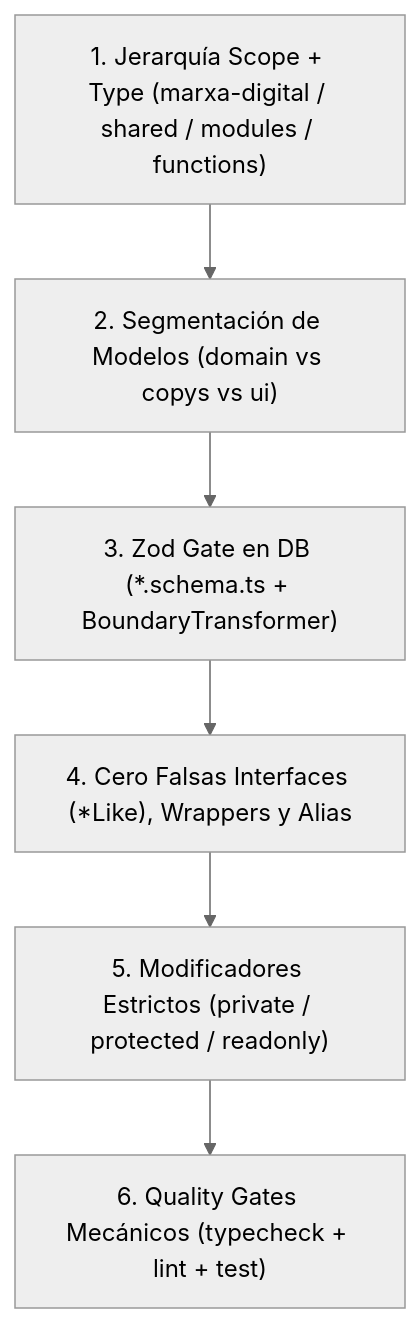
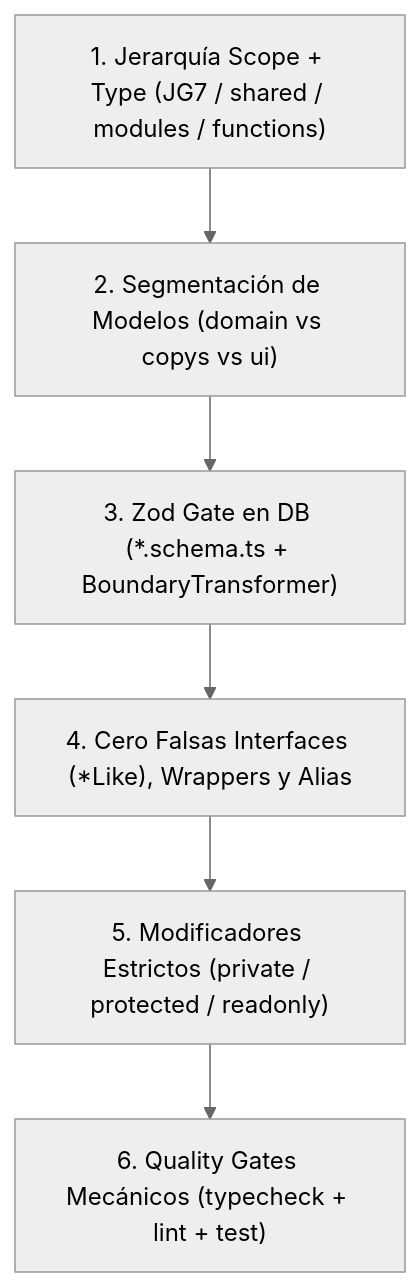
Before and after one commit to jgu7man/jg7-agent-skills: the first of 2 diagrams in sanitize-architecture/SKILL.md, drawn with Mermaid (neutral theme). The commit also changed other lines of this file and 46 other files, not shown here.

````diff
--- a/sanitize-architecture/SKILL.md
+++ b/sanitize-architecture/SKILL.md
@@ -10,8 +10,8 @@
 ```mermaid
 flowchart TD
-    A["1. Jerarquía Scope + Type (marxa-digital / shared / modules / functions)"] --> B["2. Segmentación de Modelos (domain vs copys vs ui)"]
+    A["1. Jerarquía Scope + Type (JG7 / shared / modules / functions)"] --> B["2. Segmentación de Modelos (domain vs copys vs ui)"]
     B --> C["3. Zod Gate en DB (*.schema.ts + BoundaryTransformer)"]
     C --> D["4. Cero Falsas Interfaces (*Like), Wrappers y Alias"]
     D --> E["5. Modificadores Estrictos (private / protected / readonly)"]
     E --> F["6. Quality Gates Mecánicos (typecheck + lint + test)"]
 ```
````
